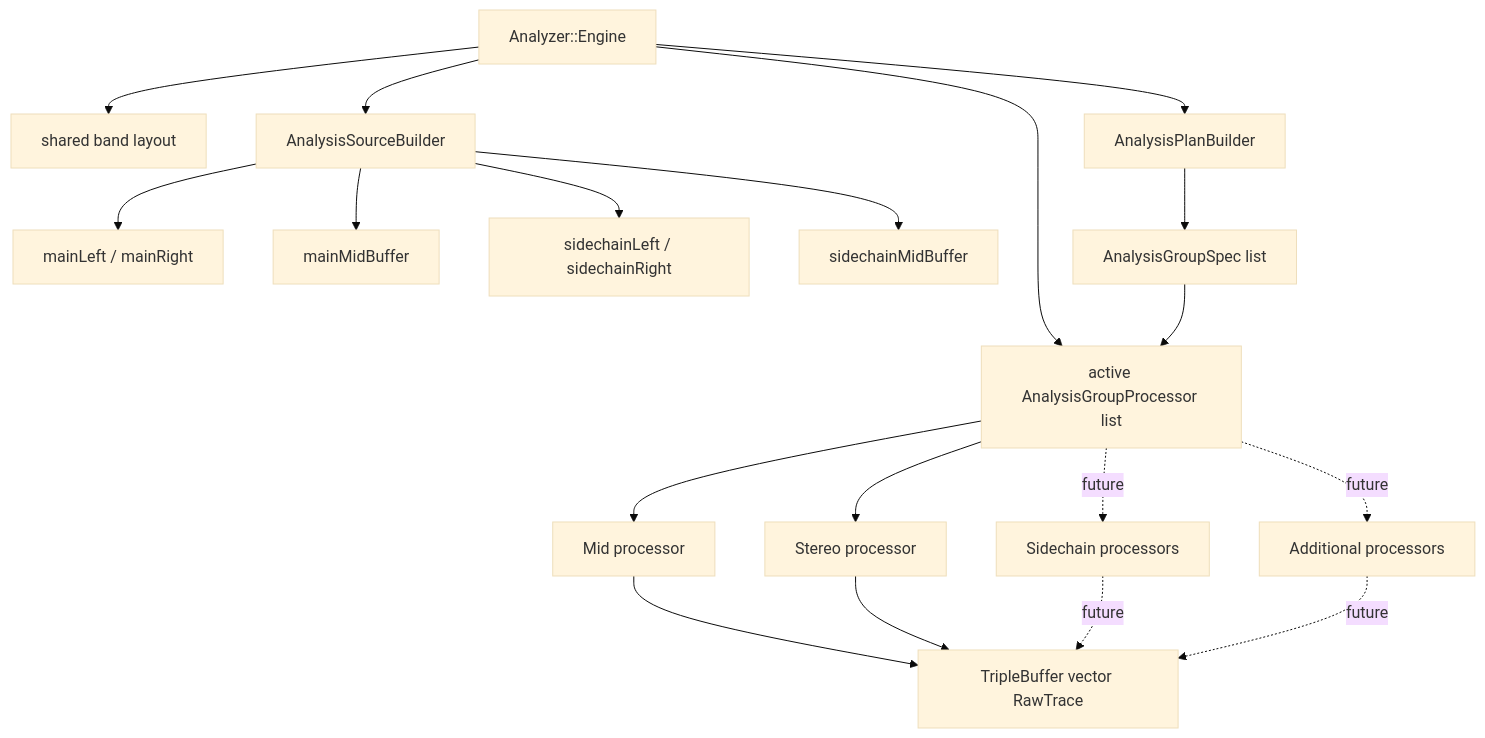
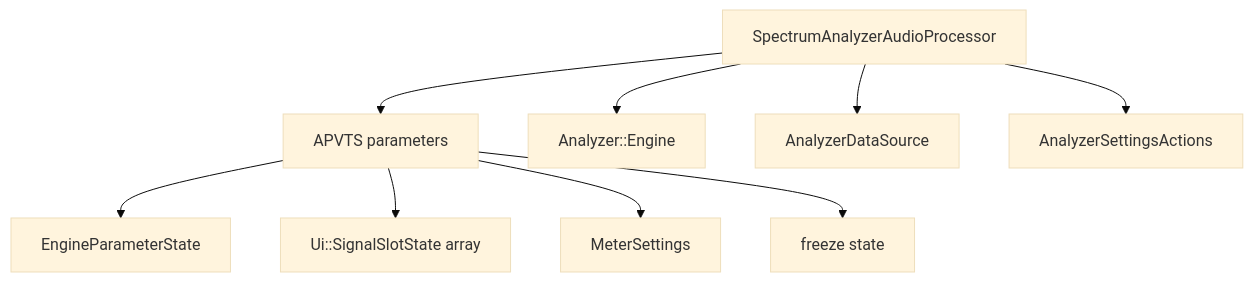
One commit to Silenterc/Band-Spectrum-Analyzer changed the second of 8 diagrams in docs/audio-processing-architecture.md. Above: the diagram before and after it, drawn with Mermaid (base theme). The commit also changed other lines of this file and 49 other files, not shown here.

First line of the commit message:
Big UI rewrite + signal rack + reordering + freeze

````diff
--- a/docs/audio-processing-architecture.md
+++ b/docs/audio-processing-architecture.md
@@ -21,24 +22,12 @@
 ```mermaid
 flowchart TD
-    Engine[Analyzer::Engine] --> Bands[shared band layout]
-    Engine --> SourceBuilder[AnalysisSourceBuilder]
-    Engine --> PlanBuilder[AnalysisPlanBuilder]
-    Engine --> Processors[active AnalysisGroupProcessor list]
+    Processor[SpectrumAnalyzerAudioProcessor] --> APVTS[APVTS parameters]
+    Processor --> Engine[Analyzer::Engine]
+    Processor --> DataSource[AnalyzerDataSource]
+    Processor --> Settings[AnalyzerSettingsActions]
 
-    SourceBuilder --> MainViews[mainLeft / mainRight]
-    SourceBuilder --> MainMid[mainMidBuffer]
-    SourceBuilder --> SideViews[sidechainLeft / sidechainRight]
-    SourceBuilder --> SideMid[sidechainMidBuffer]
-
-    PlanBuilder --> Specs[AnalysisGroupSpec list]
-    Specs --> Processors
-    Processors --> Mid[Mid processor]
-    Processors --> Stereo[Stereo processor]
-    Processors -.->|future| Sidechain[Sidechain processors]
-    Processors -.->|future| Extra[Additional processors]
-
-    Mid --> Published[TripleBuffer vector RawTrace]
-    Stereo --> Published
-    Sidechain -.->|future| Published
-    Extra -.->|future| Published
+    APVTS --> EngineParams[EngineParameterState]
+    APVTS --> UiSlots[Ui::SignalSlotState array]
+    APVTS --> Meter[MeterSettings]
+    APVTS --> Freeze[freeze state]
 ```
````
